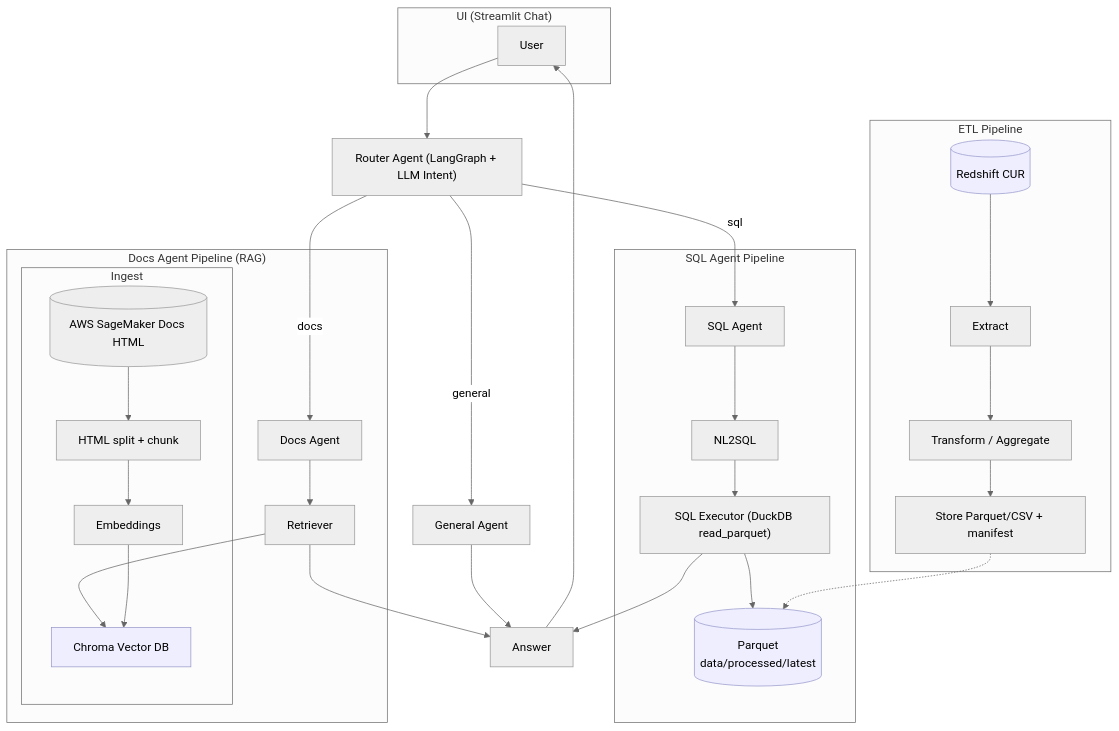
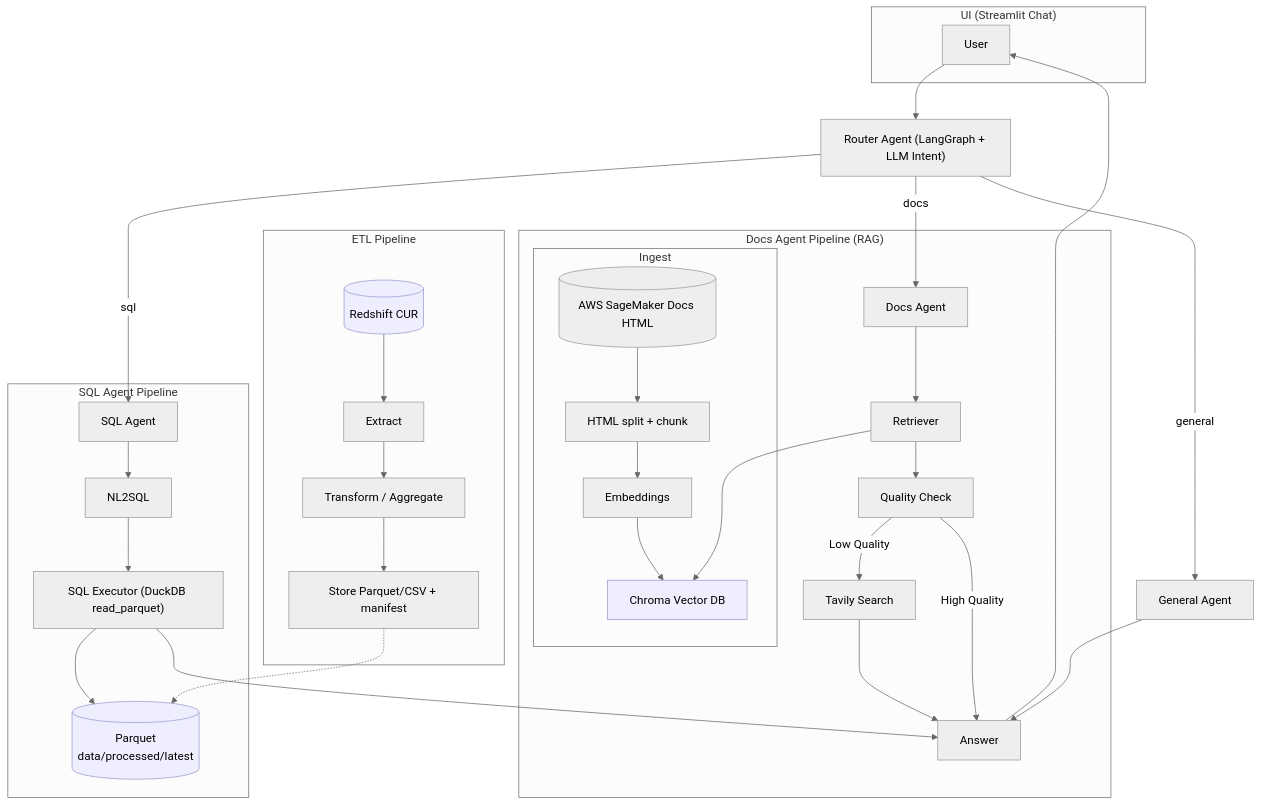
One commit to wynter122/finops-rag-agent changed the diagram in README.md. Above: the diagram before and after it, drawn with Mermaid (neutral theme). The commit also changed 1 other file, not shown here.

Commit message:
update mermaid

````diff
--- a/README.md
+++ b/README.md
@@ -73,51 +73,56 @@
 ```mermaid
 flowchart TB
     %% ===== UI & Router =====
     subgraph UI["UI (Streamlit Chat)"]
         U[User]
     end
     U --> R["Router Agent (LangGraph + LLM Intent)"]
 
     R -->|sql| SA[SQL Agent]
     R -->|docs| DA[Docs Agent]
     R -->|general| GA[General Agent]
 
     %% ===== SQL Agent =====
     subgraph SQL["SQL Agent Pipeline"]
         SA --> N2S[NL2SQL]
         N2S --> EXE["SQL Executor (DuckDB read_parquet)"]
         EXE --> PQ[(Parquet<br/>data/processed/latest)]
     end
 
     %% ===== ETL =====
     subgraph ETL["ETL Pipeline"]
         RS[(Redshift CUR)]
         RS --> EXT[Extract]
         EXT --> TR[Transform / Aggregate]
         TR --> ST[Store Parquet/CSV + manifest]
         ST -.-> PQ
     end
 
     %% ===== Docs Agent (RAG) =====
     subgraph DOCS["Docs Agent Pipeline (RAG)"]
         DA --> RET[Retriever]
         RET --> CH[Chroma Vector DB]
+        
+        %% Quality Check & Tavily Fallback
+        RET --> QC[Quality Check]
+        QC -->|Low Quality| TAV[Tavily Search]
+        QC -->|High Quality| OUT[Answer]
+        TAV --> OUT
 
         subgraph ING["Ingest"]
             SRC[(AWS SageMaker Docs HTML)]
             SRC --> SPLIT[HTML split + chunk]
             SPLIT --> EMB[Embeddings]
             EMB --> CH
         end
     end
 
     %% ===== General & Output =====
     GA --> OUT[Answer]
     EXE --> OUT
-    RET --> OUT
     OUT --> U
 
     %% ===== Styles =====
     classDef store fill:#eef,stroke:#99c,stroke-width:1px;
     class RS,PQ,CH store;
 ```
````
